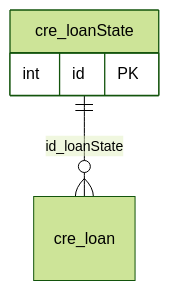
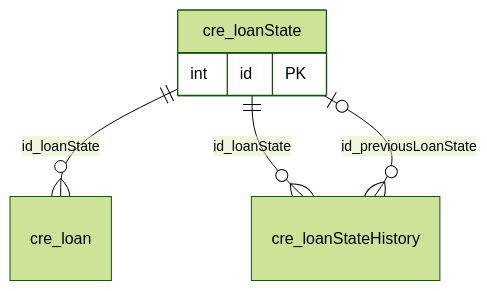
The diagram in docs/safe/database/cre/loan-state.md (softwaresamm/IDAE.Docs), drawn with Mermaid (forest theme) before and after one commit. The commit also changed other lines of this file and 8 other files, not shown here.

First line of the commit message:
docs: document SAFE loan state history

````diff
--- a/docs/safe/database/cre/loan-state.md
+++ b/docs/safe/database/cre/loan-state.md
@@ -43,8 +43,11 @@
 ```mermaid
 erDiagram
     cre_loanState {
         int id PK
     }
     cre_loan
+    cre_loanStateHistory
     cre_loanState ||--o{ cre_loan : "id_loanState"
+    cre_loanState ||--o{ cre_loanStateHistory : "id_loanState"
+    cre_loanState |o--o{ cre_loanStateHistory : "id_previousLoanState"
 ```
````
